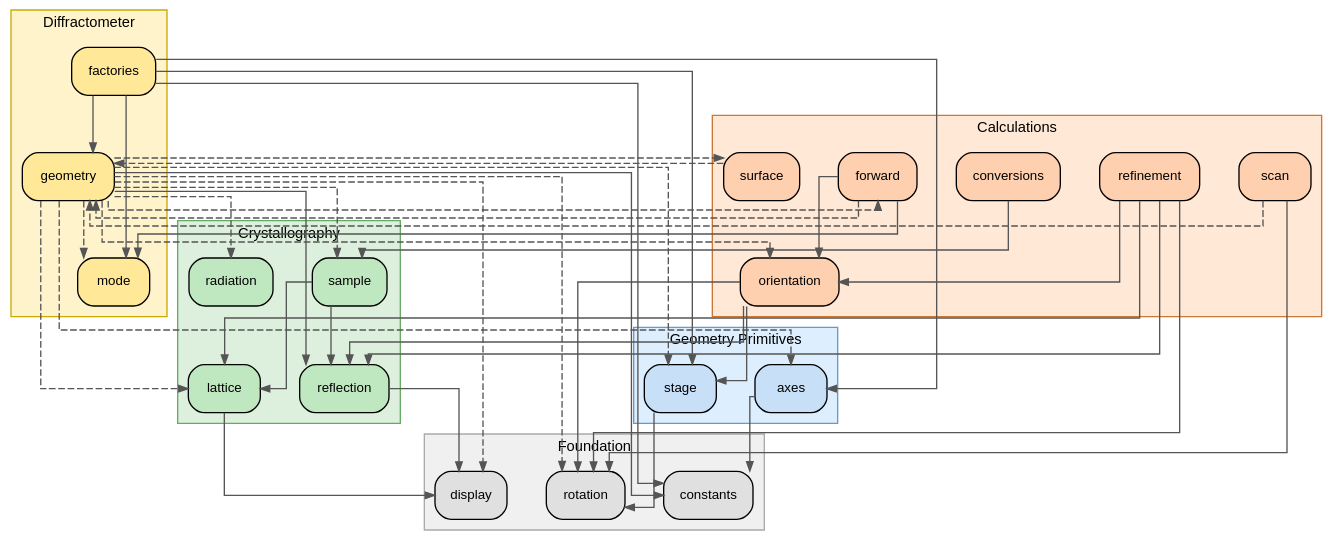
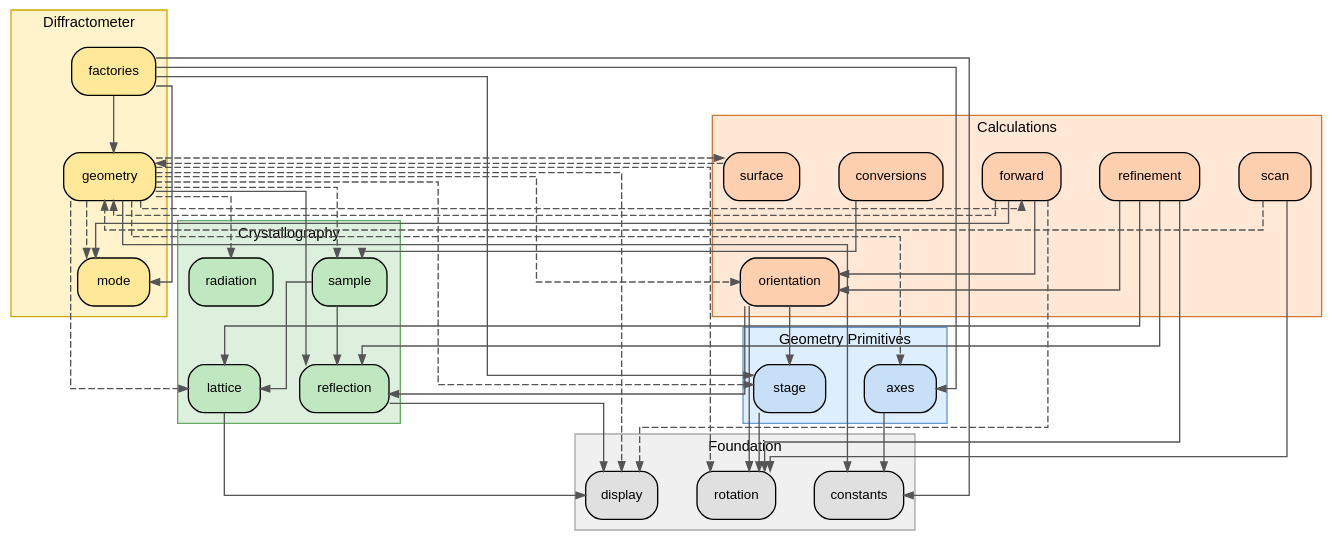
Before and after one commit to BCDA-APS/ad_hoc_diffractometer: the diagram in docs/source/api.rst, drawn with Graphviz. The commit also changed 13 other files, not shown here.

```diff
--- a/docs/source/api.rst
+++ b/docs/source/api.rst
@@ -180,9 +180,10 @@
        orientation -> reflection
        orientation -> rotation
        orientation -> stage
-       forward     -> geometry  [style=dashed]
-       forward     -> mode
-       forward     -> orientation
+        forward     -> display    [style=dashed]
+        forward     -> geometry  [style=dashed]
+        forward     -> mode
+        forward     -> orientation
         conversions -> sample
        surface     -> geometry  [style=dashed]
        scan        -> geometry  [style=dashed]
```
